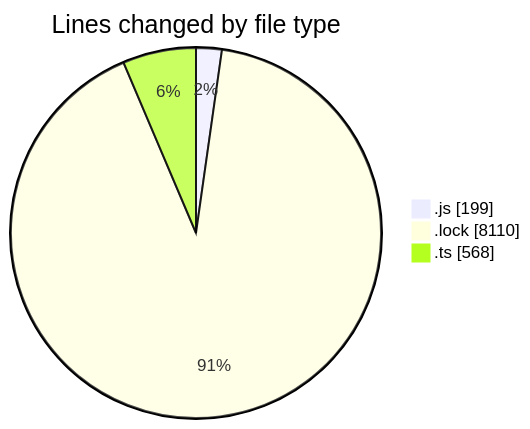
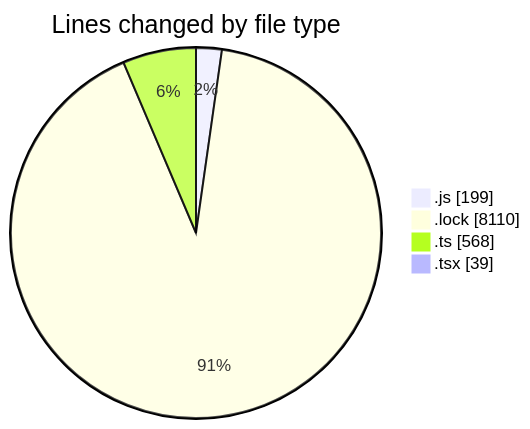
Before and after one commit to momahboobian/code-tracking: the first of 2 diagrams in 2025-02-07/cda/README.md, drawn with Mermaid. The commit also changed other lines of this file and 1 other file, not shown here.

````diff
--- a/2025-02-07/cda/README.md
+++ b/2025-02-07/cda/README.md
@@ -27,7 +29,8 @@
 ```mermaid
 pie showData
 title Lines changed by file type
 ".js" : 199
 ".lock" : 8110
 ".ts" : 568
+".tsx" : 39
 ```
````
